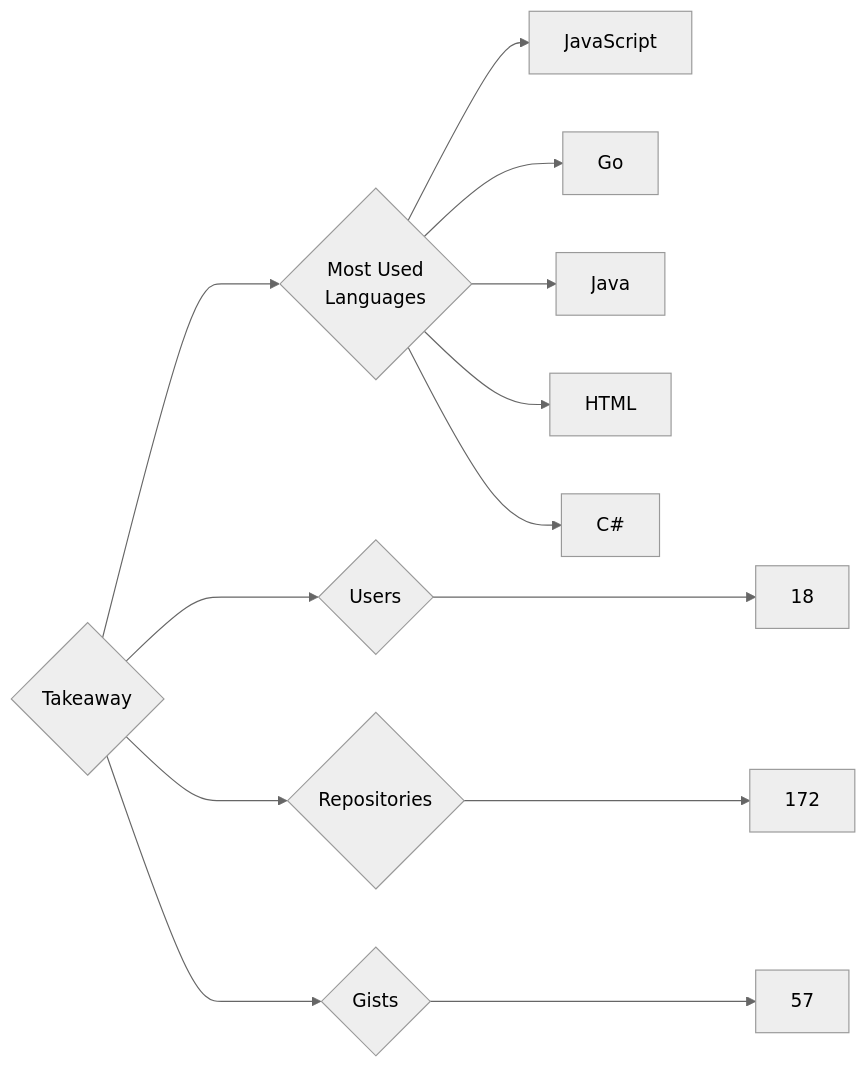
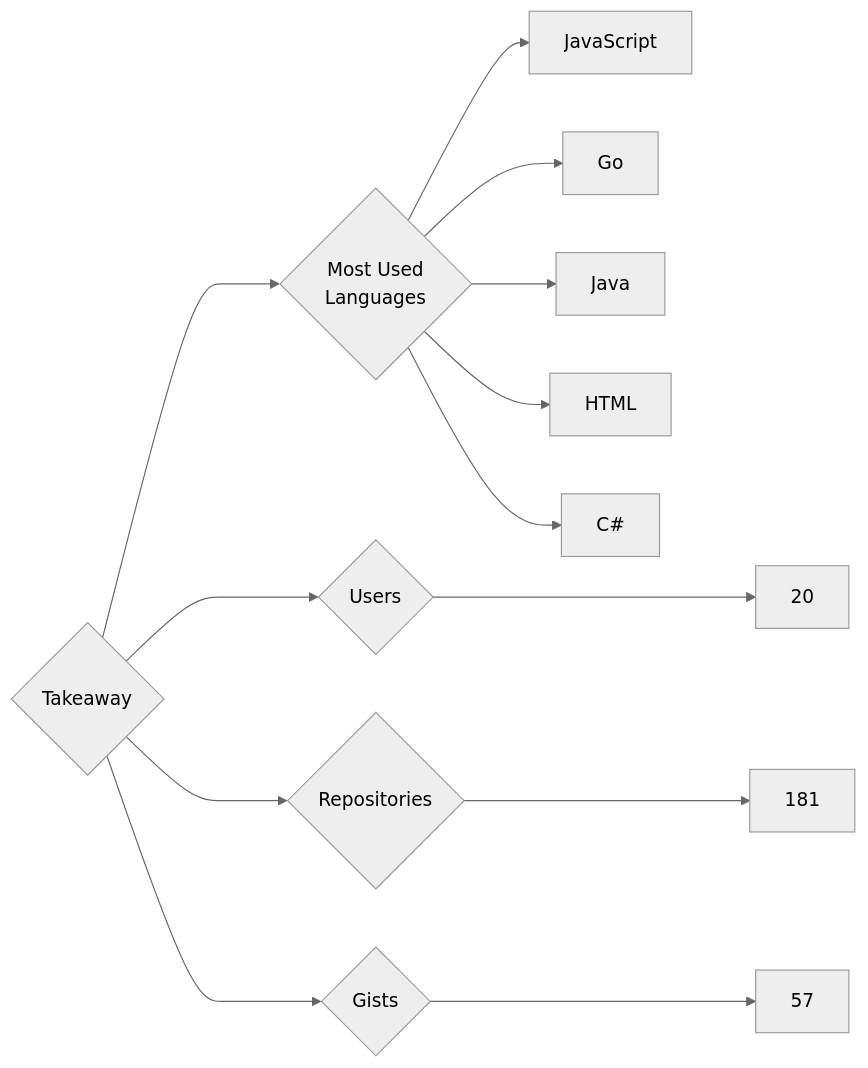
One commit to trickest/insiders changed the diagram in targets/Takeaway/README.md. Above: the diagram before and after it, drawn with Mermaid (neutral theme). The commit also changed 973 other files, not shown here.

````diff
--- a/targets/Takeaway/README.md
+++ b/targets/Takeaway/README.md
@@ -3,13 +3,13 @@
 ```mermaid
 graph LR
 COMPANY_NAME{Takeaway}
-COMPANY_NAME ---> U{Users} ---> UN[18]
-COMPANY_NAME ---> R{Repositories} ---> RN[172]
+COMPANY_NAME ---> U{Users} ---> UN[20]
+COMPANY_NAME ---> R{Repositories} ---> RN[181]
 COMPANY_NAME ---> G{Gists} ---> GN[57]
 COMPANY_NAME ---> ML{Most Used<br>Languages}
 ML --> JavaScript[JavaScript]
 ML --> Go[Go]
 ML --> Java[Java]
 ML --> HTML[HTML]
 ML --> C#[C#]
 ```
````
